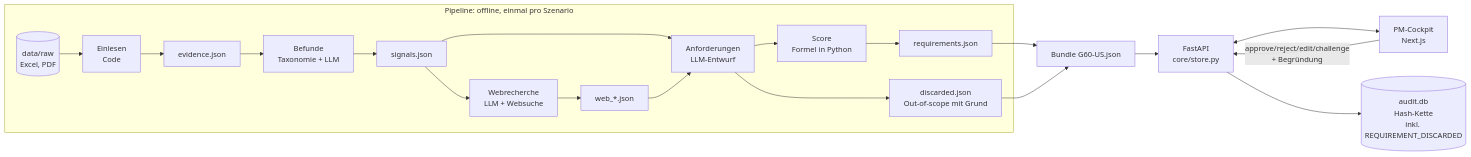
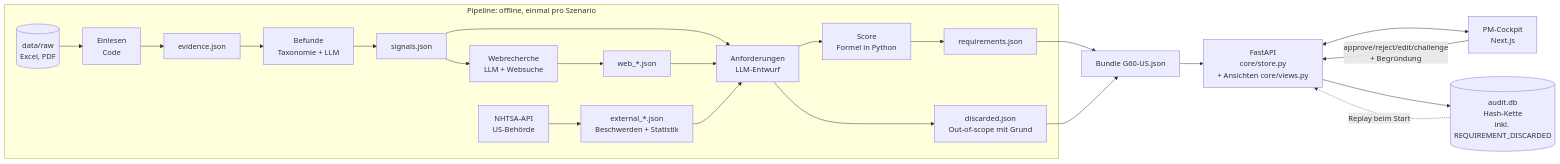
One commit to PiyushPapaya/TUMHackathon26 changed the diagram in docs/ARCHITEKTUR.md. Above: the diagram before and after it, drawn with Mermaid. The commit also changed other lines of this file and 1 other file, not shown here.

````diff
--- a/docs/ARCHITEKTUR.md
+++ b/docs/ARCHITEKTUR.md
@@ -15,22 +15,25 @@
 ```mermaid
 flowchart LR
   subgraph Pipeline [Pipeline: offline, einmal pro Szenario]
     R[(data/raw<br/>Excel, PDF)] --> A1[Einlesen<br/>Code]
     A1 --> E[evidence.json]
     E --> A2[Befunde<br/>Taxonomie + LLM]
     A2 --> S[signals.json]
     S --> B[Webrecherche<br/>LLM + Websuche]
     B --> W[web_*.json]
+    N[NHTSA-API<br/>US-Behörde] --> X[external_*.json<br/>Beschwerden + Statistik]
     S --> C[Anforderungen<br/>LLM-Entwurf]
     W --> C
+    X --> C
     C --> P[Score<br/>Formel in Python]
     P --> Q[requirements.json]
     C --> DX[discarded.json<br/>Out-of-scope mit Grund]
   end
   Q --> BUN[Bundle G60-US.json]
   DX --> BUN
-  BUN --> API[FastAPI<br/>core/store.py]
+  BUN --> API[FastAPI<br/>core/store.py<br/>+ Ansichten core/views.py]
   API <--> UI[PM-Cockpit<br/>Next.js]
   UI -- approve/reject/edit/challenge<br/>+ Begründung --> API
   API --> AUD[(audit.db<br/>Hash-Kette<br/>inkl. REQUIREMENT_DISCARDED)]
+  AUD -. Replay beim Start .-> API
 ```
````
